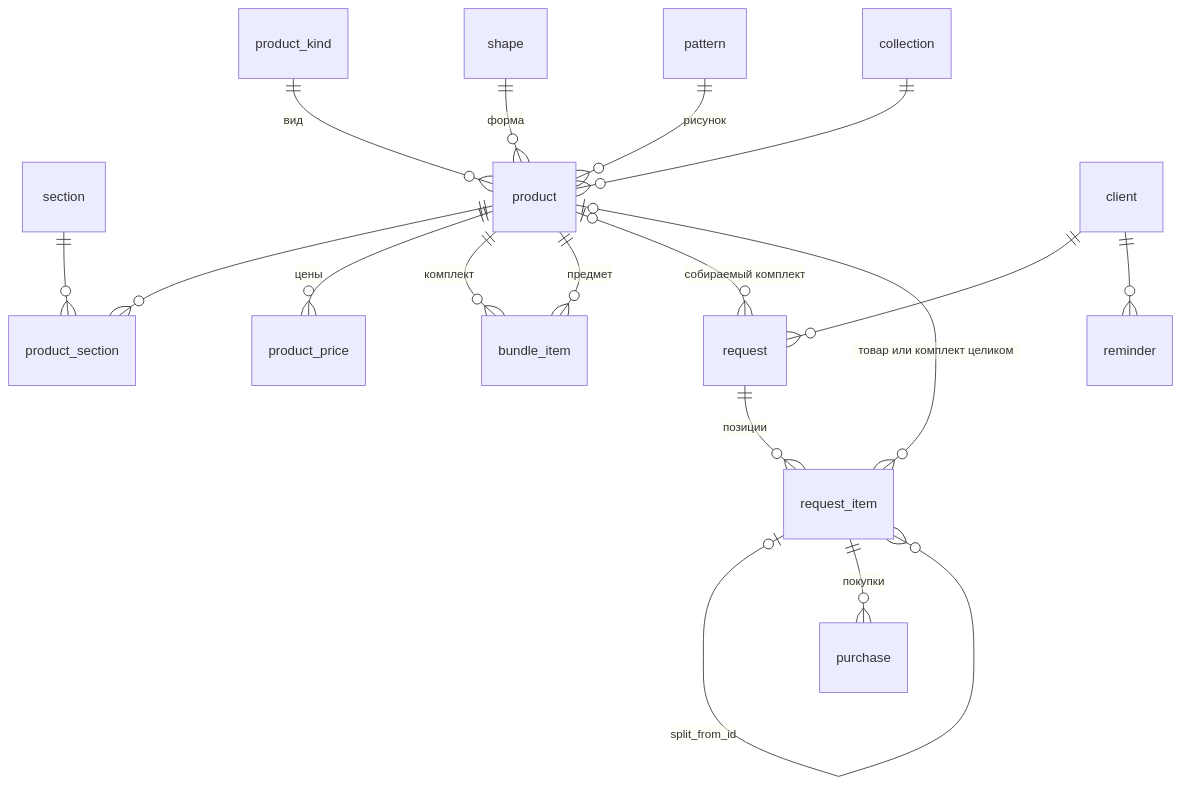
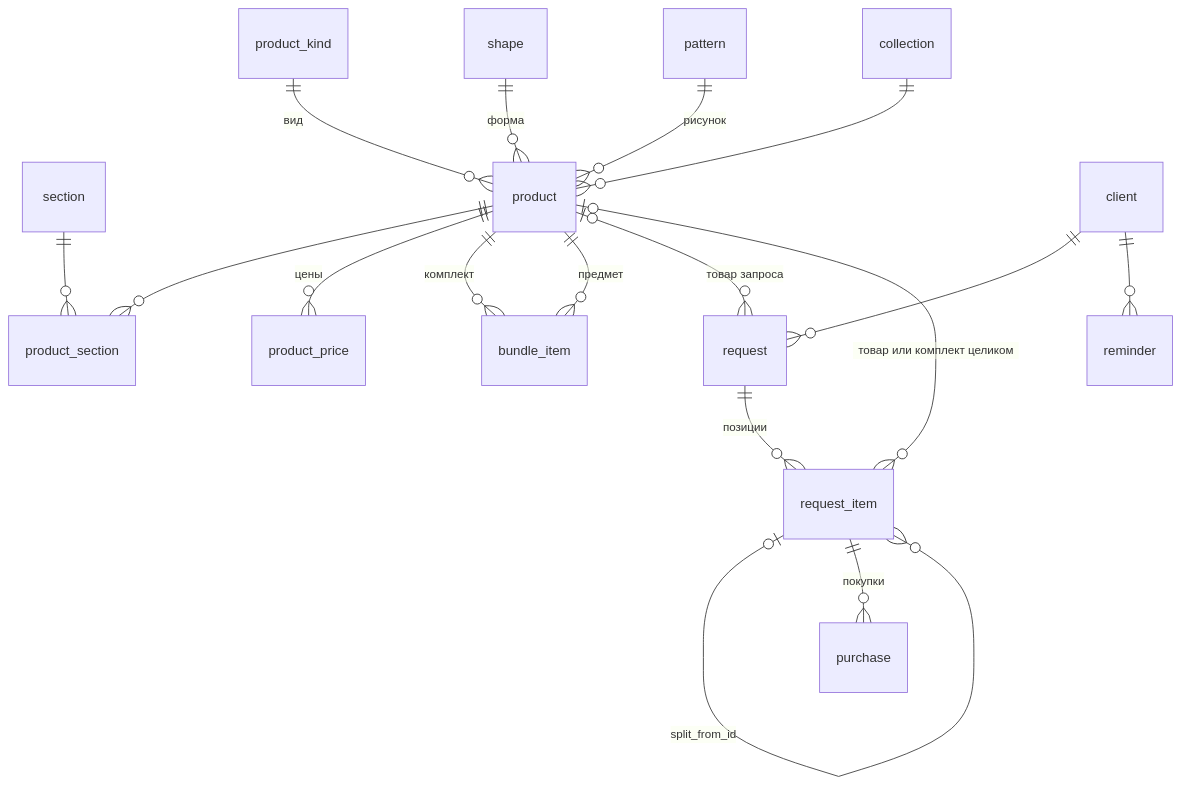
Before and after one commit to Durinda99/servizy: the diagram in docs/db-schema.md, drawn with Mermaid. The commit also changed other lines of this file and 16 other files, not shown here.

First line of the commit message:
docs: схема базы v5 и эскизы под ТЗ 1.13

````diff
--- a/docs/db-schema.md
+++ b/docs/db-schema.md
@@ -35,19 +35,19 @@
 ```mermaid
 erDiagram
   section ||--o{ product_section : ""
   product ||--o{ product_section : ""
   product_kind ||--o{ product : "вид"
   shape ||--o{ product : "форма"
   pattern ||--o{ product : "рисунок"
   collection ||--o{ product : ""
   product ||--o{ product_price : "цены"
   product ||--o{ bundle_item : "комплект"
   product ||--o{ bundle_item : "предмет"
   client ||--o{ request : ""
-  product |o--o{ request : "собираемый комплект"
+  product |o--o{ request : "товар запроса"
   request ||--o{ request_item : "позиции"
   product |o--o{ request_item : "товар или комплект целиком"
   request_item |o--o{ request_item : "split_from_id"
   request_item ||--o{ purchase : "покупки"
   client ||--o{ reminder : ""
 ```
````
